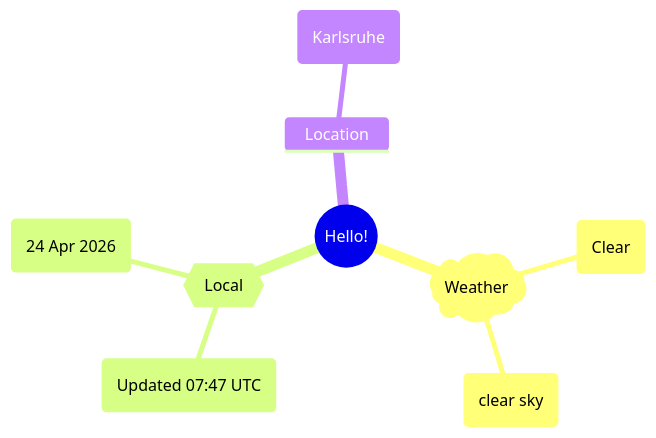
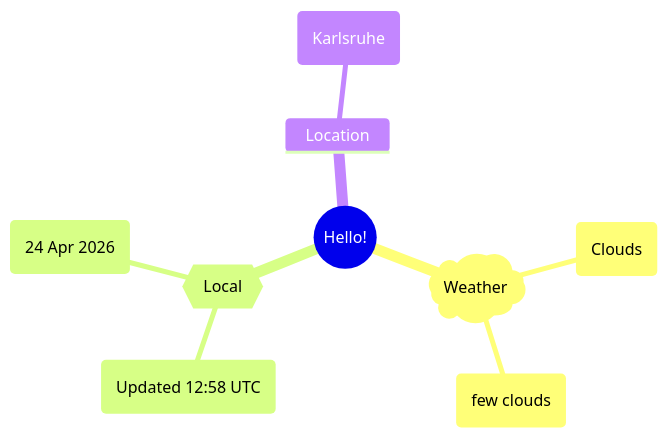
Before and after one commit to Xosrov/Xosrov: the first of 2 diagrams in README.md, drawn with Mermaid.

Commit message:
[bot] updated images

````diff
--- a/README.md
+++ b/README.md
@@ -3,12 +3,12 @@
 ```mermaid
 mindmap
   root((Hello!))
     )Weather(
-        (Clear)
-        (clear sky)
+        (Clouds)
+        (few clouds)
     {{Local}}
-        (Updated 07:47 UTC)
+        (Updated 12:58 UTC)
         (24 Apr 2026)
     Location
         (Karlsruhe)
 ```
````
